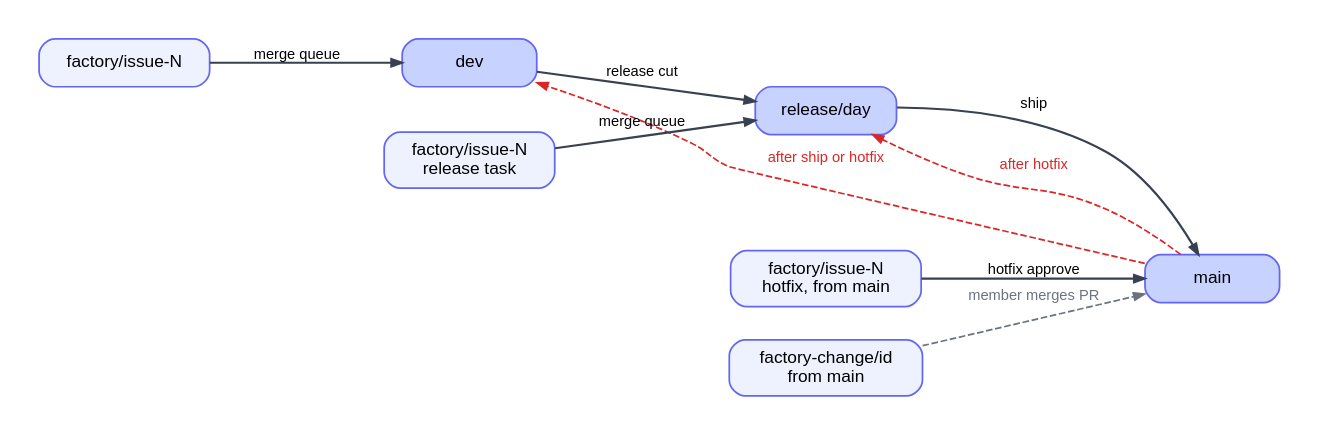
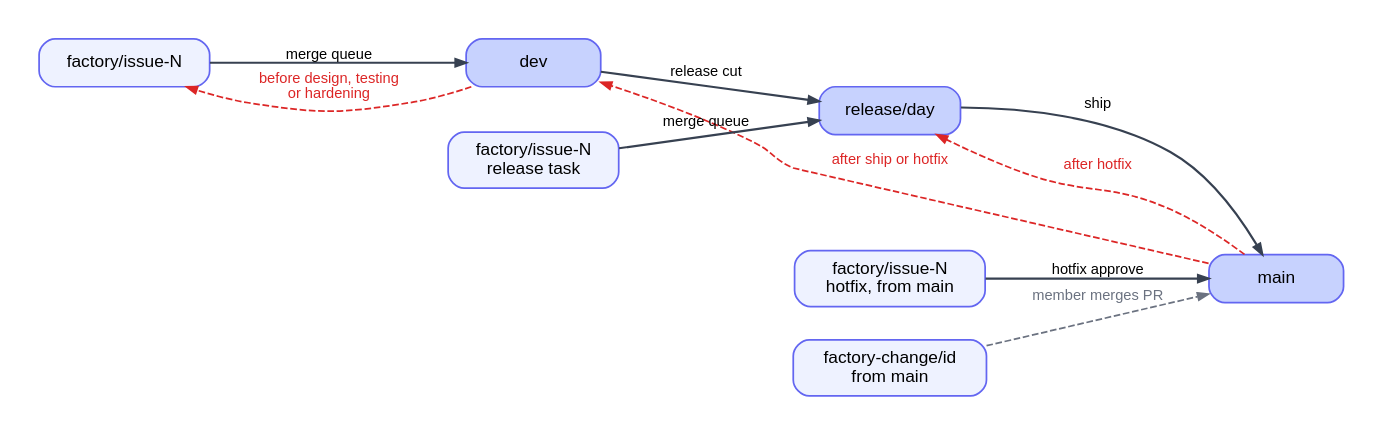
The diagram in factory/docs/diagrams/branches.dot (btseytlin/road-machiners), drawn with Graphviz before and after one commit. The commit also changed 8 other files, not shown here.

Commit message:
Design merges the latest base into its work clone before the agent, and the agent never asks about branches

```diff
--- a/factory/docs/diagrams/branches.dot
+++ b/factory/docs/diagrams/branches.dot
@@ -1,15 +1,16 @@
 // Branches. Each arrow is a merge. Grey: a pull request a member merges.
 digraph branches {
   rankdir=LR; nodesep=0.35; ranksep=0.8; bgcolor=white; pad=0.3;
   node [shape=box, style="rounded,filled", fillcolor="#eef2ff", color="#6366f1", fontname="Helvetica", fontsize=13, margin="0.2,0.1", penwidth=1.3, width=1.4];
   edge [color="#374151", penwidth=1.6, arrowsize=0.8, fontname="Helvetica", fontsize=11];
   issue [label="factory/issue-N"]; dev [label="dev", fillcolor="#c7d2fe"]; rel [label="release/day", fillcolor="#c7d2fe"]; main [label="main", fillcolor="#c7d2fe"];
   task [label="factory/issue-N\nrelease task"]; hotfix [label="factory/issue-N\nhotfix, from main"]; chg [label="factory-change/id\nfrom main"];
   issue -> dev [label="merge queue"]; dev -> rel [label="release cut"]; rel -> main [label="ship"];
   task -> rel [label="merge queue"]; hotfix -> main [label="hotfix approve"];
   edge [color="#dc2626", fontcolor="#dc2626", style=dashed, penwidth=1.3];
   main -> dev [label="after ship or hotfix", constraint=false];
   main -> rel [label="after hotfix", constraint=false];
+  dev -> issue [label="before design, testing\nor hardening", constraint=false];
   edge [color="#6b7280", fontcolor="#6b7280"];
   chg -> main [label="member merges PR"];
 }
```
